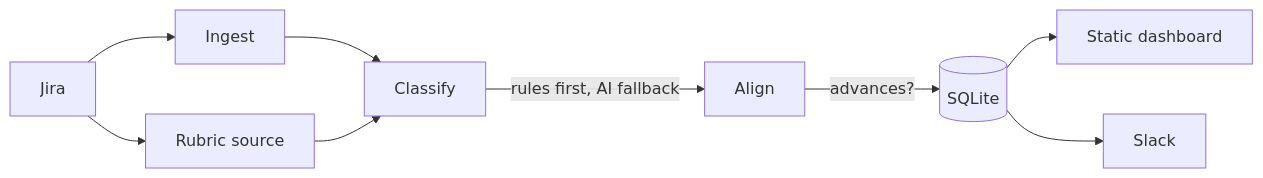
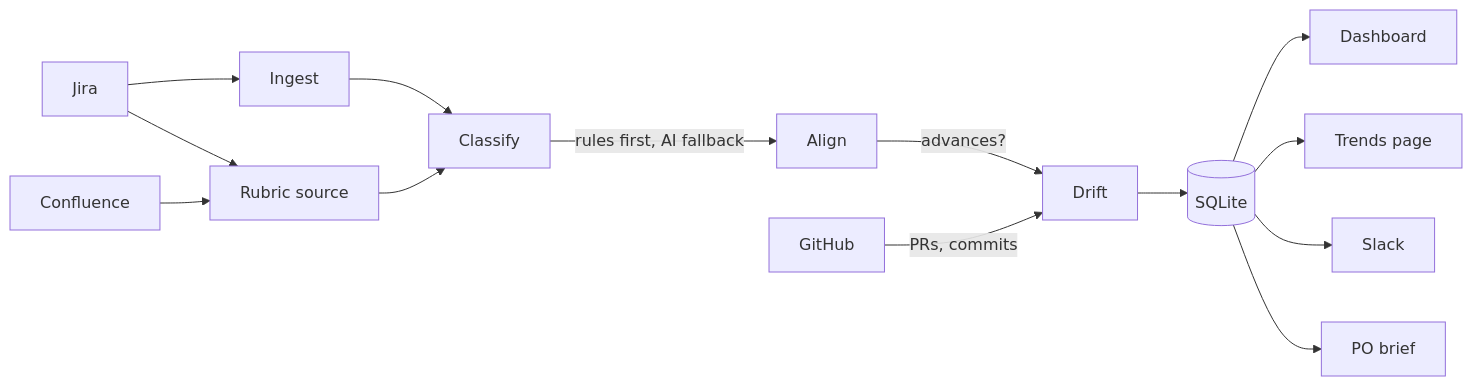
One commit to makarski/teamscope changed the diagram in README.md. Above: the diagram before and after it, drawn with Mermaid. The commit also changed other lines of this file and 6 other files, not shown here.

````diff
--- a/README.md
+++ b/README.md
@@ -18,11 +19,16 @@
 ```mermaid
 flowchart LR
     Jira --> Ingest
     Jira --> Rubric[Rubric source]
+    Confluence --> Rubric
     Ingest --> Classify
     Rubric --> Classify
     Classify -->|rules first, AI fallback| Align
-    Align -->|advances?| Store[(SQLite)]
-    Store --> Web[Static dashboard]
+    Align -->|advances?| Drift
+    GitHub -->|PRs, commits| Drift
+    Drift --> Store[(SQLite)]
+    Store --> Web[Dashboard]
+    Store --> Trends[Trends page]
     Store --> Slack
+    Store --> Narrate[PO brief]
 ```
````
